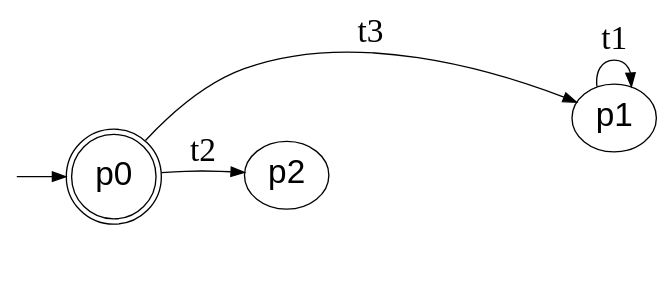
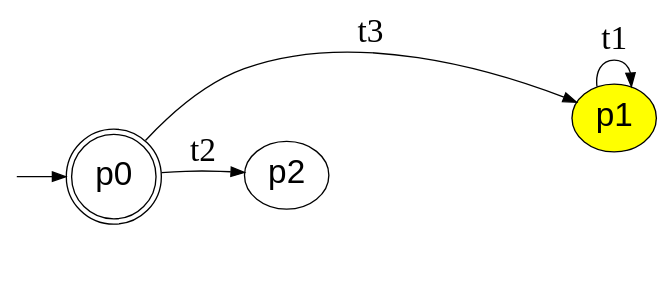
One commit to jimka2001/clojure-rte changed the diagram in doc/reClojure.2025/reclojure.2025.slides.dot/reclojure-2025-sink-example-p1.dot. Above: the diagram before and after it, drawn with Graphviz. The commit also changed 7 other files, not shown here.

```diff
--- a/doc/reClojure.2025/reclojure.2025.slides.dot/reclojure-2025-sink-example-p1.dot
+++ b/doc/reClojure.2025/reclojure.2025.slides.dot/reclojure-2025-sink-example-p1.dot
@@ -1,26 +1,26 @@
 digraph G {
   fontname=courier;
   rankdir=LR; graph[labeljust=l,nojustify=true]
   node [fontname=Arial, fontsize=25];
   edge [fontsize=25];
 // Initial state
 I0 [label="", style=invis, width=0]
 I0 -> p0;
 // 2 final states
 // all 4 states
 p3 [label="",style=invis, width=0]
 p3 -> p3 [label="t9",style=invis]
 p3 -> p1 [label="t11",style=invis]
 p3 -> p2 [label="t7",style=invis]
 p3 -> p0 [label="t8",style=invis]
 p0 [label="p0",shape="doublecircle"]
 p0 -> p1 [label="t3"]
 p0 -> p2 [label="t2"]
 p2 [label="p2"]
 p2 -> p3 [label="t4",style=invis]
 p2 -> p1 [label="t10",style=invis]
 p2 -> p2 [label="t6",style=invis]
 p2 -> p0 [label="t5",style=invis]
-p1 [label="p1"]
+p1 [label="p1",fillcolor="yellow",style="filled"]
 p1 -> p1 [label="t1"]
 }
```
